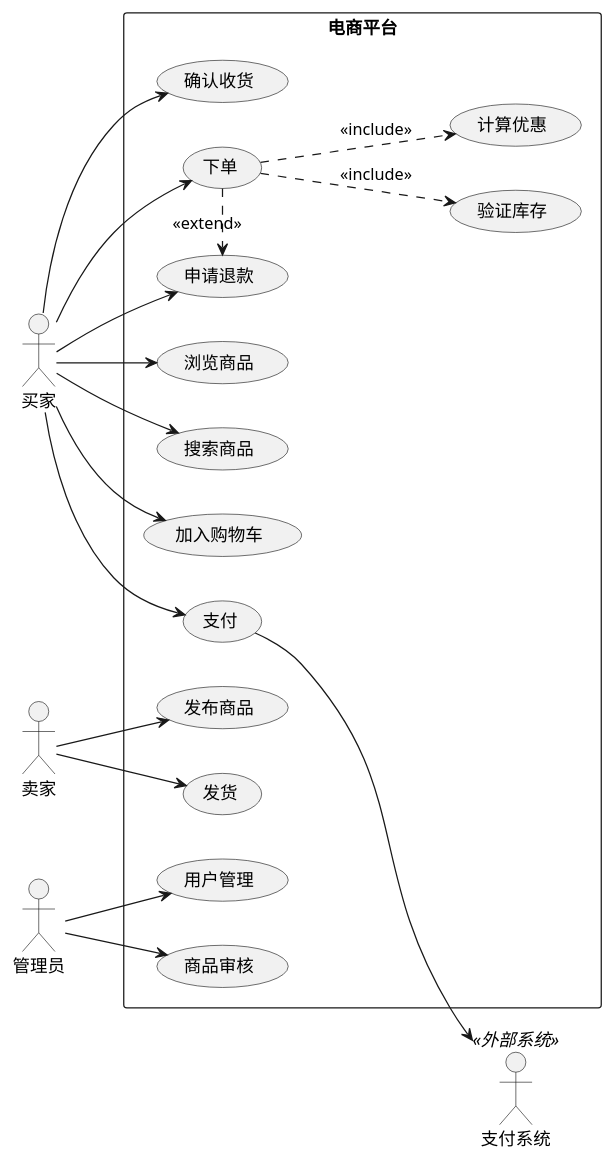
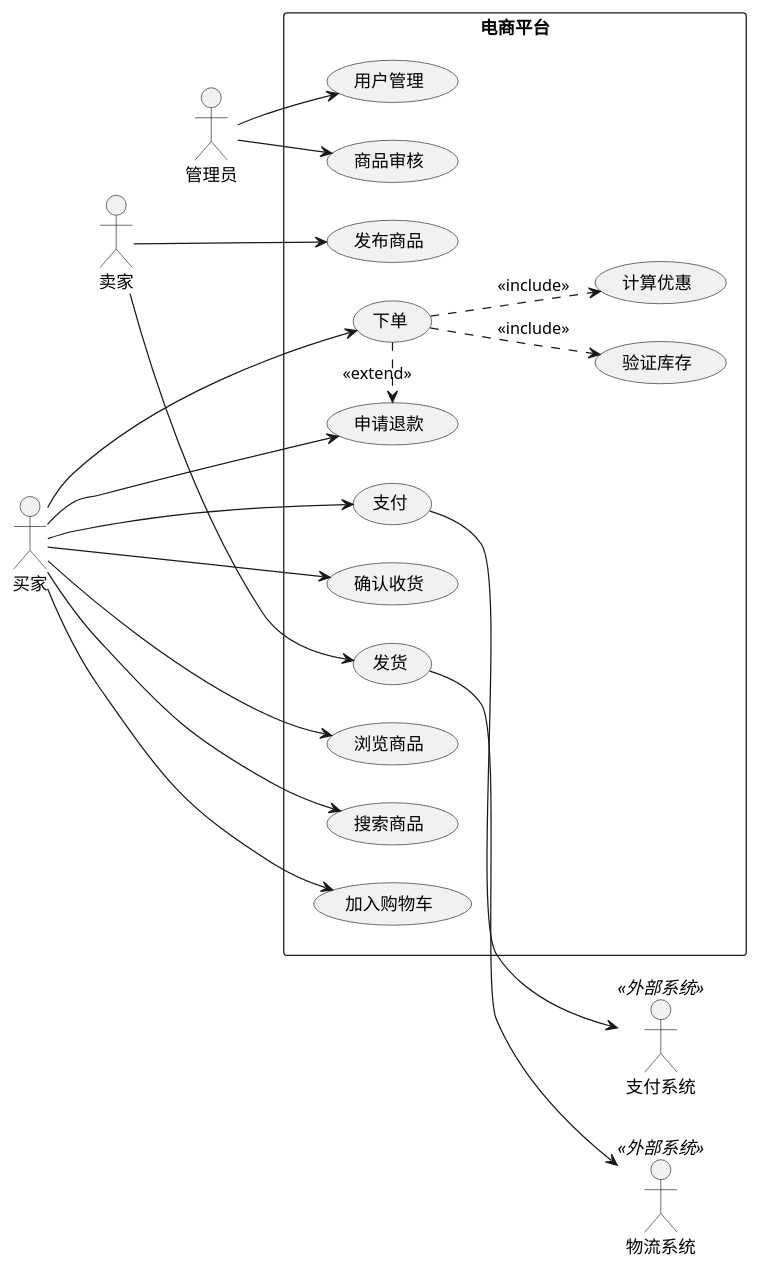
The sixth of 7 diagrams in .specify/skills/draw-plantuml/references/howto/07-usecase-diagram.md (cloud-native-tools/cws-lib-bash), drawn with PlantUML before and after one commit. The commit also changed other lines of this file and 427 other files, not shown here.

````diff
--- a/.specify/skills/draw-plantuml/references/howto/07-usecase-diagram.md
+++ b/.specify/skills/draw-plantuml/references/howto/07-usecase-diagram.md
@@ -129,49 +129,70 @@
 ```plantuml
 @startuml
+' Semantic: Entry=buyer/seller/admin (left), Hub=电商平台, Edge=UseCases, Sink=payment/logistics (right)
 left to right direction
 skinparam packageStyle rectangle
+skinparam nodesep 30
+skinparam ranksep 40
 
+' --- Entry: 主要参与者（左侧） ---
 actor 买家 as buyer
 actor 卖家 as seller
 actor 管理员 as admin
+buyer -[hidden]d-> seller
+seller -[hidden]d-> admin
+
+' --- Sink: 次要参与者/外部系统（右侧） ---
 actor "支付系统" as payment <<外部系统>>
+actor "物流系统" as logistics <<外部系统>>
 
+' --- Hub: 系统边界 ---
 rectangle "电商平台" {
-  (浏览商品) as browse
-  (搜索商品) as search
-  (加入购物车) as addCart
-  (下单) as order
-  (支付) as pay
-  (确认收货) as confirm
-  (申请退款) as refund
+  ' --- Peer: 买家浏览相关用例 ---
+  together {
+    (浏览商品) as browse
+    (搜索商品) as search
+    (加入购物车) as addCart
+  }
 
+  ' --- Peer: 交易相关用例 ---
+  together {
+    (下单) as order
+    (支付) as pay
+    (确认收货) as confirm
+    (申请退款) as refund
+  }
+
+  ' --- Edge: 卖家用例 ---
   (发布商品) as publish
   (发货) as ship
 
+  ' --- Edge: 管理员用例 ---
   (用户管理) as userMgmt
   (商品审核) as audit
 
+  ' --- Edge: 包含的子用例 ---
   (验证库存) as checkStock
   (计算优惠) as calcDiscount
 }
 
 buyer --> browse
 buyer --> search
 buyer --> addCart
 buyer --> order
 buyer --> pay
 buyer --> confirm
 buyer --> refund
 
 seller --> publish
 seller --> ship
 
 admin --> userMgmt
 admin --> audit
 
 order ..> checkStock : <<include>>
 order ..> calcDiscount : <<include>>
 order .> refund : <<extend>>
 pay --> payment
+ship --> logistics
 @enduml
 ```
````
